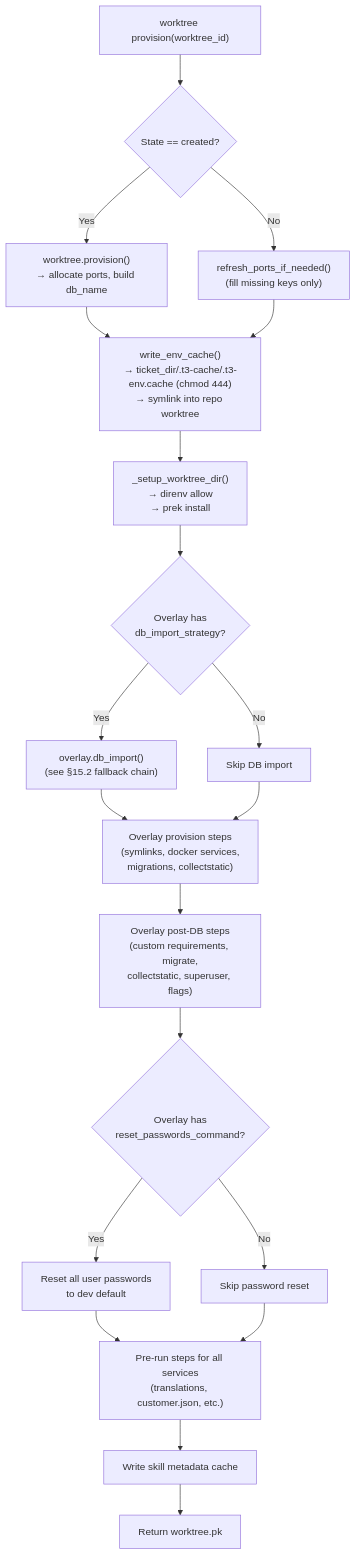
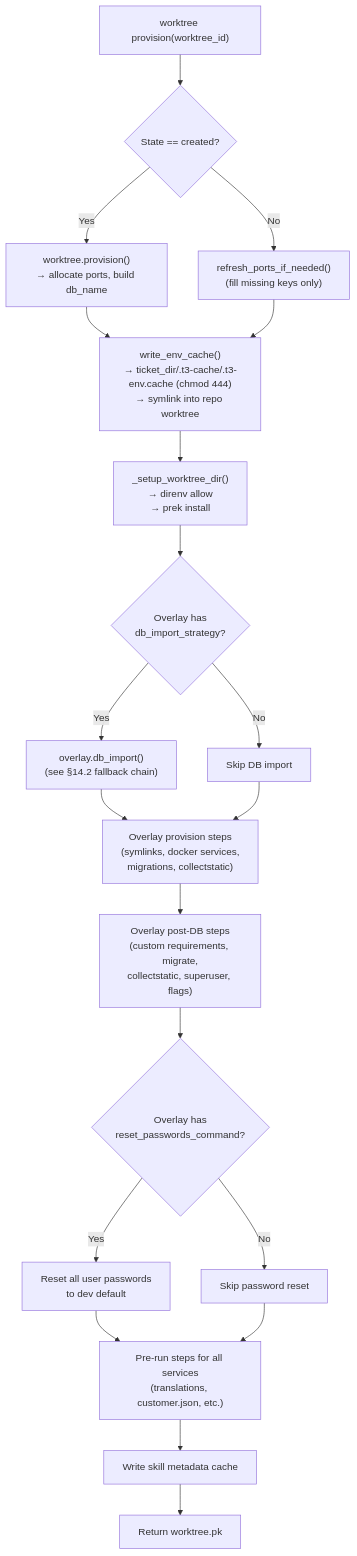
Before and after one commit to souliane/teatree: the third of 6 diagrams in BLUEPRINT.md, drawn with Mermaid. The commit also changed other lines of this file and 178 other files, not shown here.

````diff
--- a/BLUEPRINT.md
+++ b/BLUEPRINT.md
@@ -1284,22 +1324,22 @@
 ```mermaid
 flowchart TD
     A["worktree provision(worktree_id)"] --> B{"State == created?"}
     B -- Yes --> C["worktree.provision()\n→ allocate ports, build db_name"]
     B -- No --> D["refresh_ports_if_needed()\n(fill missing keys only)"]
     C --> E["write_env_cache()\n→ ticket_dir/.t3-cache/.t3-env.cache (chmod 444)\n→ symlink into repo worktree"]
     D --> E
     E --> F["_setup_worktree_dir()\n→ direnv allow\n→ prek install"]
     F --> G{"Overlay has\ndb_import_strategy?"}
-    G -- Yes --> H["overlay.db_import()\n(see §15.2 fallback chain)"]
+    G -- Yes --> H["overlay.db_import()\n(see §14.2 fallback chain)"]
     G -- No --> I["Skip DB import"]
     H --> J["Overlay provision steps\n(symlinks, docker services,\nmigrations, collectstatic)"]
     I --> J
     J --> K["Overlay post-DB steps\n(custom requirements, migrate,\ncollectstatic, superuser, flags)"]
     K --> L{"Overlay has\nreset_passwords_command?"}
     L -- Yes --> M["Reset all user passwords\nto dev default"]
     L -- No --> N["Skip password reset"]
     M --> O["Pre-run steps for all services\n(translations, customer.json, etc.)"]
     N --> O
     O --> P["Write skill metadata cache"]
     P --> Q["Return worktree.pk"]
 ```
````
